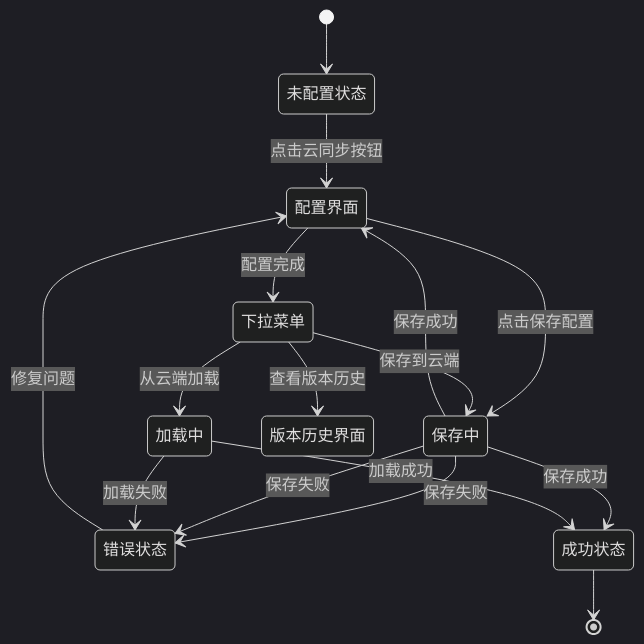
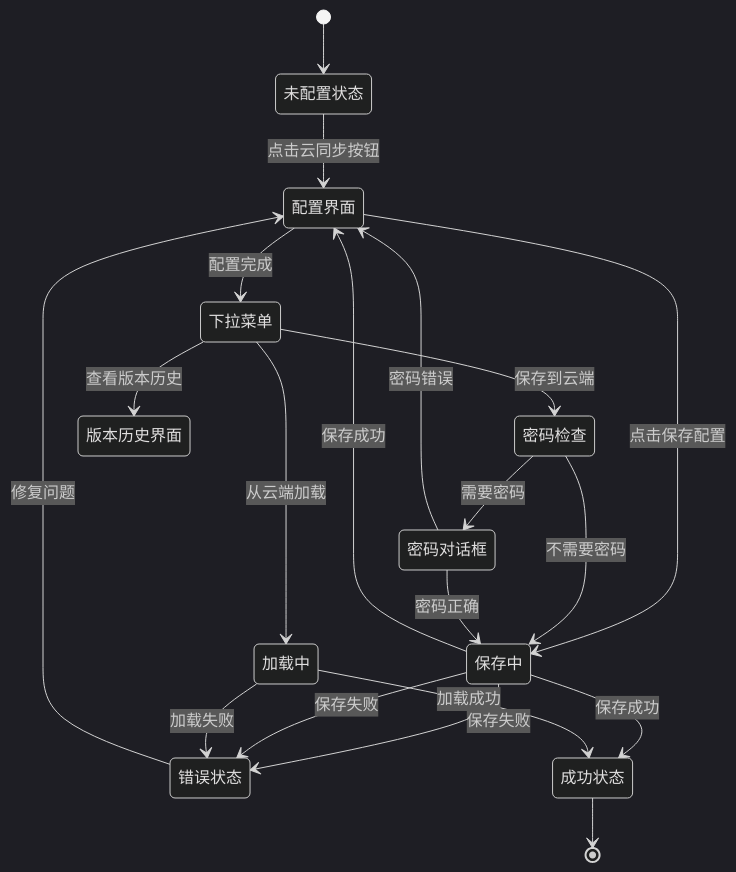
The sixth of 10 diagrams in .qoder/repowiki/zh/content/用户指南/数据管理/云同步集成.md (steveyu2/formula-mapper), drawn with Mermaid (dark theme) before and after one commit. The commit also changed other lines of this file and 5 other files, not shown here.

````diff
--- a/.qoder/repowiki/zh/content/用户指南/数据管理/云同步集成.md
+++ b/.qoder/repowiki/zh/content/用户指南/数据管理/云同步集成.md
@@ -328,18 +352,22 @@
 ```mermaid
 stateDiagram-v2
 [*] --> 未配置状态
 未配置状态 --> 配置界面 : 点击云同步按钮
 配置界面 --> 保存中 : 点击保存配置
 保存中 --> 配置界面 : 保存成功
 保存中 --> 错误状态 : 保存失败
 配置界面 --> 下拉菜单 : 配置完成
-下拉菜单 --> 保存中 : 保存到云端
+下拉菜单 --> 密码检查 : 保存到云端
 下拉菜单 --> 加载中 : 从云端加载
 下拉菜单 --> 版本历史界面 : 查看版本历史
+密码检查 --> 密码对话框 : 需要密码
+密码检查 --> 保存中 : 不需要密码
+密码对话框 --> 保存中 : 密码正确
+密码对话框 --> 配置界面 : 密码错误
 保存中 --> 成功状态 : 保存成功
 保存中 --> 错误状态 : 保存失败
 加载中 --> 成功状态 : 加载成功
 加载中 --> 错误状态 : 加载失败
 成功状态 --> [*]
 错误状态 --> 配置界面 : 修复问题
 ```
````
